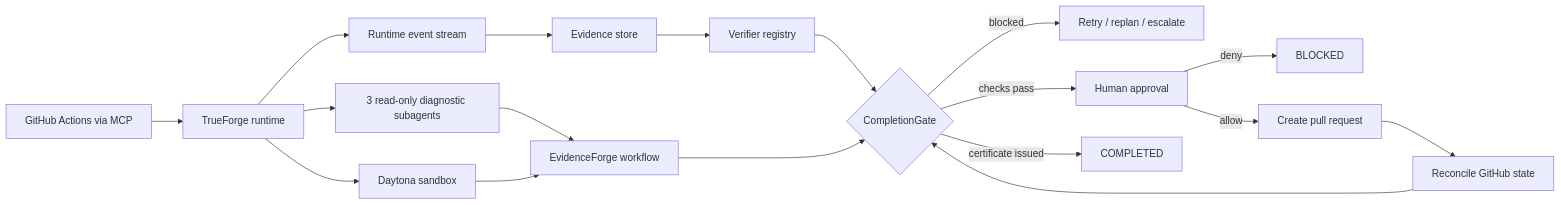
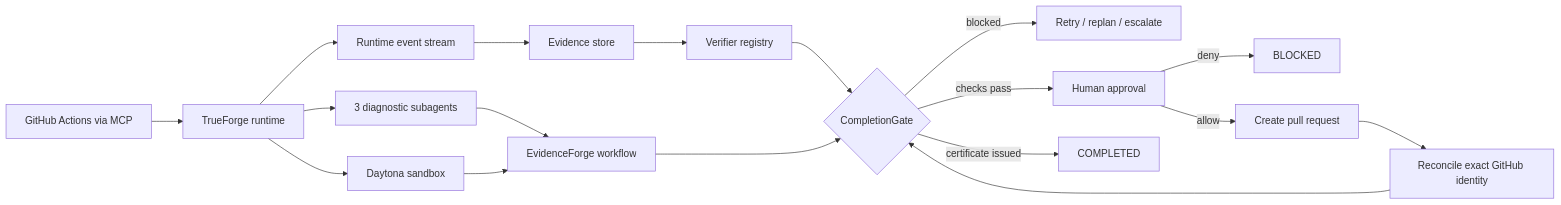
Before and after one commit to cmdr-chara/evidenceforge: the diagram in README.md, drawn with Mermaid. The commit also changed other lines of this file, not shown here.

````diff
--- a/README.md
+++ b/README.md
@@ -44,22 +51,22 @@
 ```mermaid
 flowchart LR
     GH[GitHub Actions via MCP] --> TF[TrueForge runtime]
-    TF --> SUB[3 read-only diagnostic subagents]
+    TF --> SUB[3 diagnostic subagents]
     TF --> DT[Daytona sandbox]
     TF --> EV[Runtime event stream]
 
     SUB --> WF[EvidenceForge workflow]
     DT --> WF
     EV --> ES[Evidence store]
     ES --> VR[Verifier registry]
     VR --> CG{CompletionGate}
     WF --> CG
 
     CG -->|blocked| RP[Retry / replan / escalate]
     CG -->|checks pass| AP[Human approval]
     AP -->|deny| BL[BLOCKED]
     AP -->|allow| PR[Create pull request]
-    PR --> RC[Reconcile GitHub state]
+    PR --> RC[Reconcile exact GitHub identity]
     RC --> CG
     CG -->|certificate issued| OK[COMPLETED]
 ```
````
